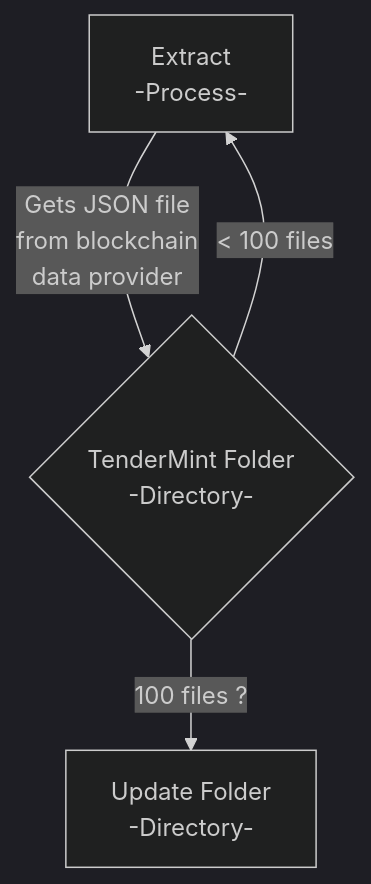
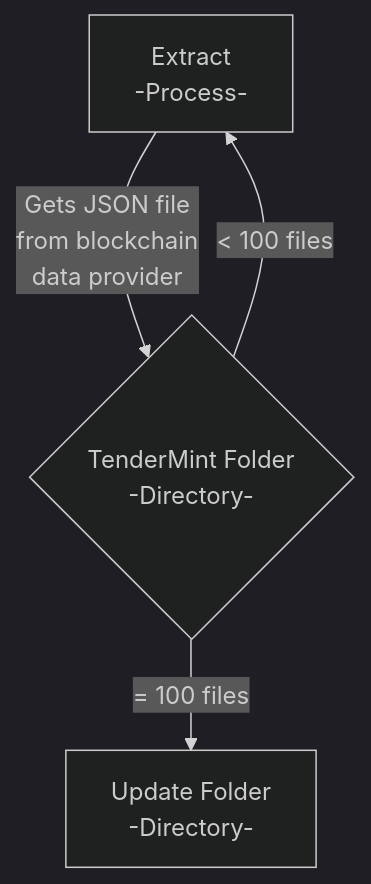
One commit to patmcfarland/one changed the diagram in README.md. Above: the diagram before and after it, drawn with Mermaid (dark theme).

````diff
--- a/README.md
+++ b/README.md
@@ -1,8 +1,8 @@
 ```mermaid
 flowchart TD
 A[Extract<br>-Process-]
 A -- Gets JSON file<br>from blockchain<br>data provider --> B
 B{TenderMint Folder<br>-Directory-}
-B -- 100 files ? --> C[Update Folder<br>-Directory-]
+B -- = 100 files --> C[Update Folder<br>-Directory-]
 B -- < 100 files --> A
 ```
````
